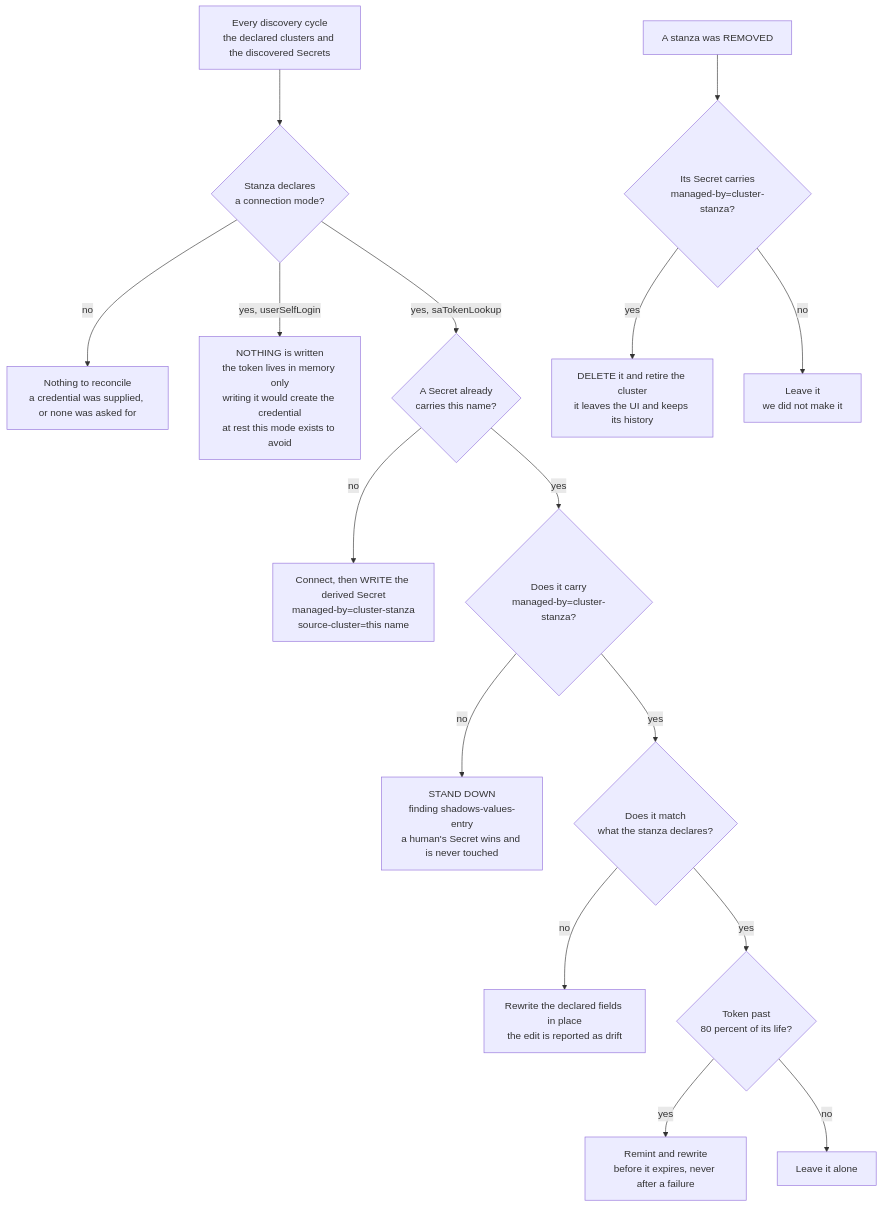
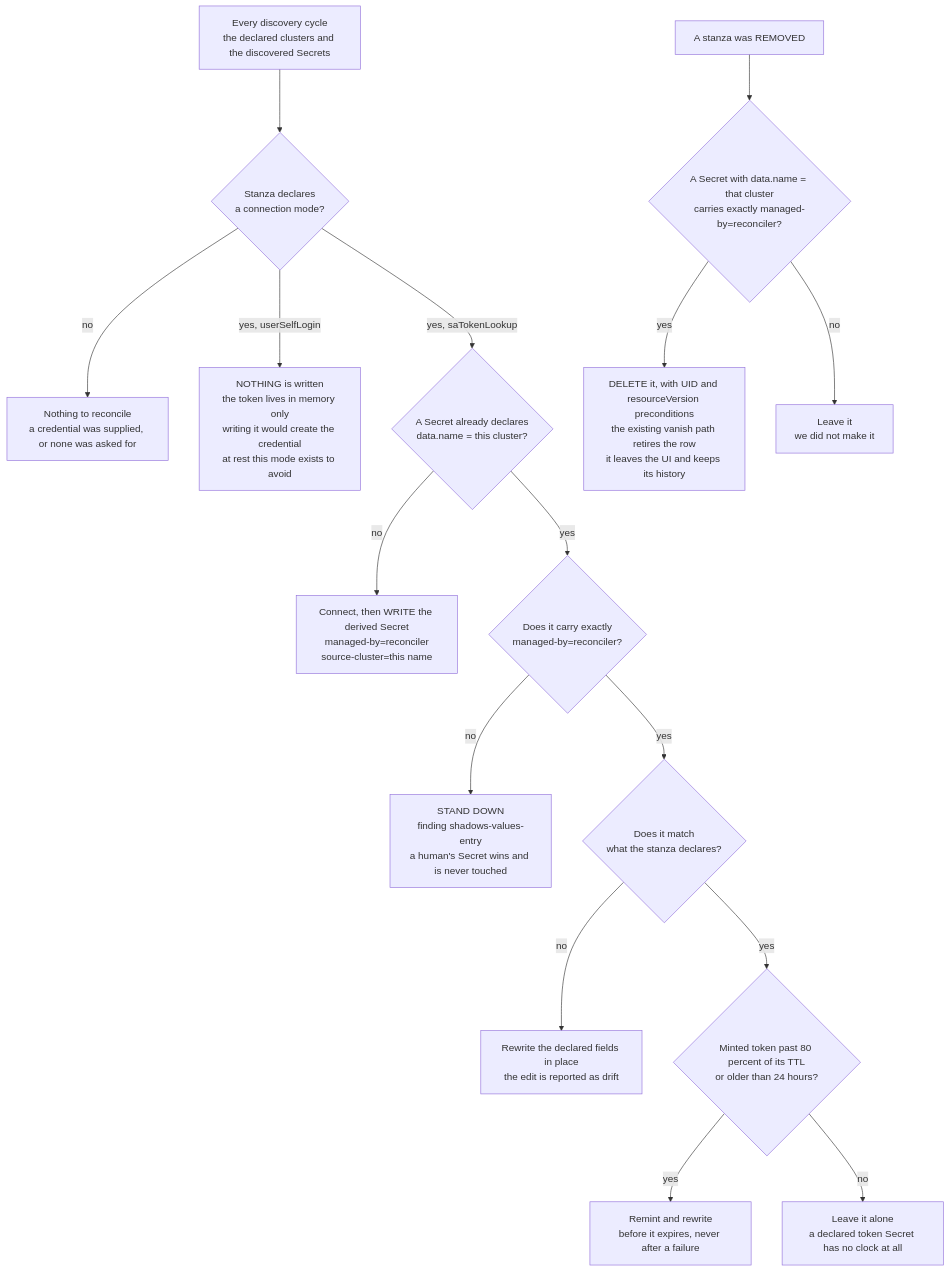
The fifth of 6 diagrams in docs/DESIGN_cluster_connection_flows.md (ephico2real2/group-sync-dashboard), drawn with Mermaid before and after one commit. The commit also changed other lines of this file and 1 other file, not shown here.

````diff
--- a/docs/DESIGN_cluster_connection_flows.md
+++ b/docs/DESIGN_cluster_connection_flows.md
@@ -379,18 +381,18 @@
 ```mermaid
 flowchart TD
     A["Every discovery cycle<br/>the declared clusters and the discovered Secrets"] --> B{"Stanza declares<br/>a connection mode?"}
     B -- "no" --> BN["Nothing to reconcile<br/>a credential was supplied, or none was asked for"]
     B -- "yes, userSelfLogin" --> BU["NOTHING is written<br/>the token lives in memory only<br/>writing it would create the credential<br/>at rest this mode exists to avoid"]
-    B -- "yes, saTokenLookup" --> C{"A Secret already<br/>carries this name?"}
-    C -- "no" --> CN["Connect, then WRITE the derived Secret<br/>managed-by=cluster-stanza<br/>source-cluster=this name"]
-    C -- "yes" --> D{"Does it carry<br/>managed-by=cluster-stanza?"}
+    B -- "yes, saTokenLookup" --> C{"A Secret already declares<br/>data.name = this cluster?"}
+    C -- "no" --> CN["Connect, then WRITE the derived Secret<br/>managed-by=reconciler<br/>source-cluster=this name"]
+    C -- "yes" --> D{"Does it carry exactly<br/>managed-by=reconciler?"}
     D -- "no" --> DN["STAND DOWN<br/>finding shadows-values-entry<br/>a human's Secret wins and is never touched"]
     D -- "yes" --> E{"Does it match<br/>what the stanza declares?"}
     E -- "no" --> EN["Rewrite the declared fields in place<br/>the edit is reported as drift"]
-    E -- "yes" --> F{"Token past<br/>80 percent of its life?"}
+    E -- "yes" --> F{"Minted token past 80 percent of its TTL<br/>or older than 24 hours?"}
     F -- "yes" --> FN["Remint and rewrite<br/>before it expires, never after a failure"]
-    F -- "no" --> FO["Leave it alone"]
-    G["A stanza was REMOVED"] --> H{"Its Secret carries<br/>managed-by=cluster-stanza?"}
-    H -- "yes" --> HY["DELETE it and retire the cluster<br/>it leaves the UI and keeps its history"]
+    F -- "no" --> FO["Leave it alone<br/>a declared token Secret has no clock at all"]
+    G["A stanza was REMOVED"] --> H{"A Secret with data.name = that cluster<br/>carries exactly managed-by=reconciler?"}
+    H -- "yes" --> HY["DELETE it, with UID and resourceVersion preconditions<br/>the existing vanish path retires the row<br/>it leaves the UI and keeps its history"]
     H -- "no" --> HN["Leave it<br/>we did not make it"]
 ```
````
